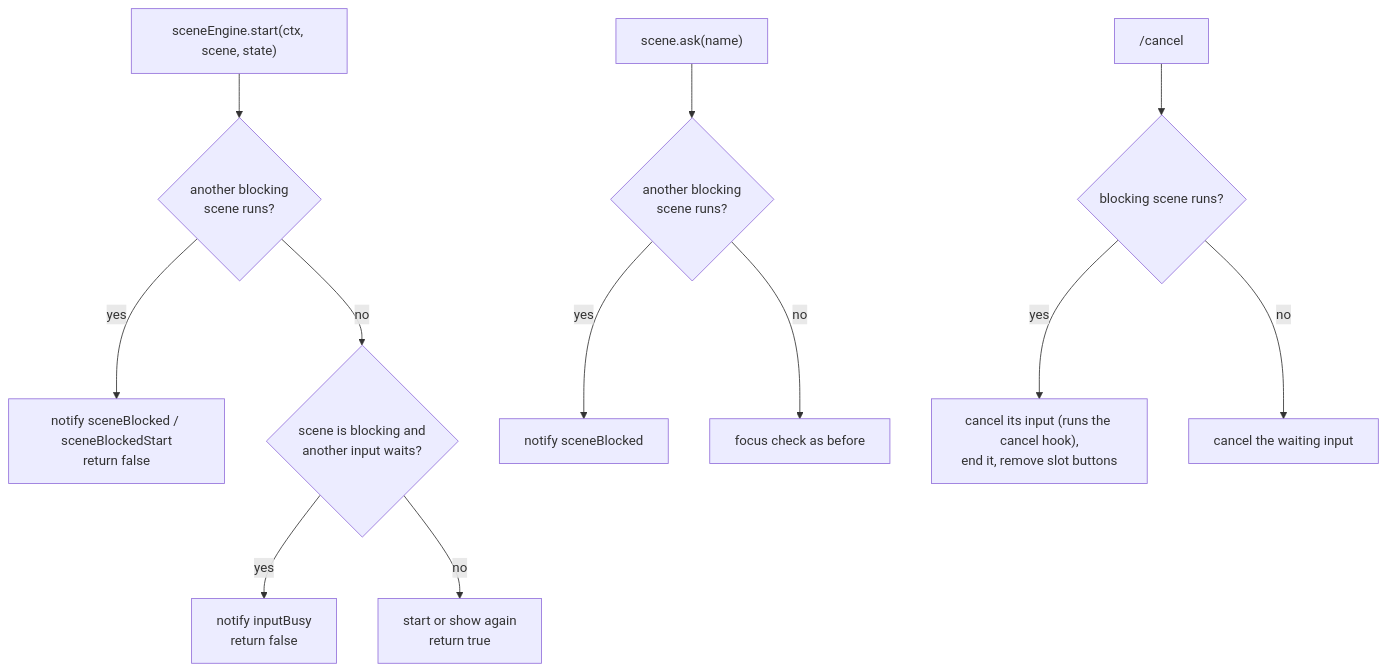
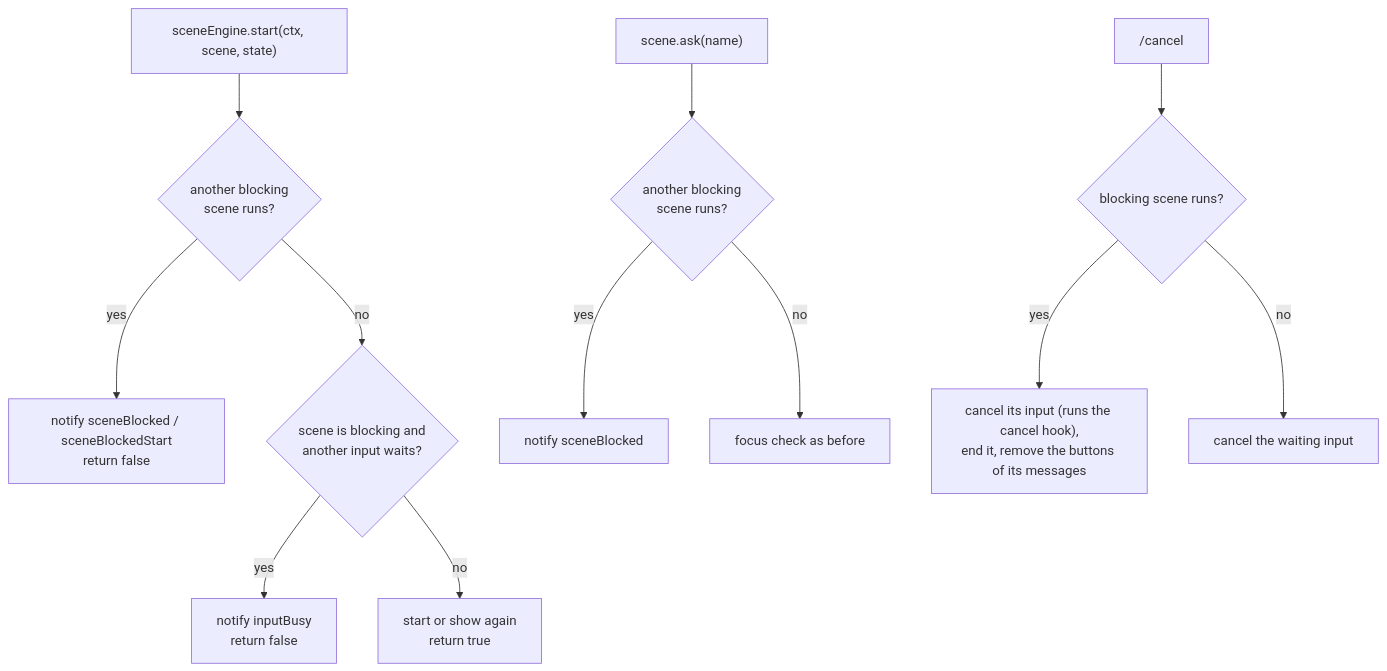
One commit to ayuvlasenko/smart-assistant changed the third of 6 diagrams in apps/server/src/plugins/app/telegram/README.md. Above: the diagram before and after it, drawn with Mermaid. The commit also changed other lines of this file and 11 other files, not shown here.

````diff
--- a/apps/server/src/plugins/app/telegram/README.md
+++ b/apps/server/src/plugins/app/telegram/README.md
@@ -574,16 +560,16 @@
 ```mermaid
 flowchart TD
     start["sceneEngine.start(ctx, scene, state)"] --> blocker{"another blocking<br/>scene runs?"}
     blocker -->|yes| refuse["notify sceneBlocked / sceneBlockedStart<br/>return false"]
     blocker -->|no| own{"scene is blocking and<br/>another input waits?"}
     own -->|yes| busy["notify inputBusy<br/>return false"]
     own -->|no| run["start or show again<br/>return true"]
 
     ask["scene.ask(name)"] --> askBlocker{"another blocking<br/>scene runs?"}
     askBlocker -->|yes| askRefuse["notify sceneBlocked"]
     askBlocker -->|no| askFocus["focus check as before"]
 
     cancel["/cancel"] --> hasBlocker{"blocking scene runs?"}
-    hasBlocker -->|yes| endScene["cancel its input (runs the cancel hook),<br/>end it, remove slot buttons"]
+    hasBlocker -->|yes| endScene["cancel its input (runs the cancel hook),<br/>end it, remove the buttons of its messages"]
     hasBlocker -->|no| cancelInput["cancel the waiting input"]
 ```
````
